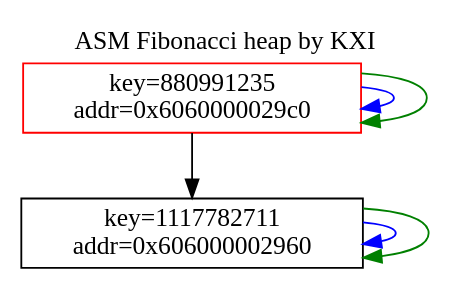
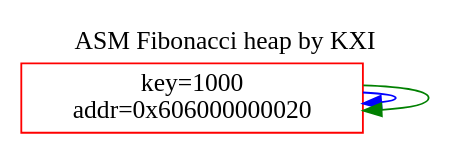
One commit to kxigor/FibHeap changed the diagram in fib_heap.dot. Above: the diagram before and after it, drawn with Graphviz. The commit also changed 3 other files, not shown here.

```diff
--- a/fib_heap.dot
+++ b/fib_heap.dot
@@ -1,18 +1,12 @@
 digraph G {
 labelloc="t"
 label="ASM Fibonacci heap by KXI"
 rankdir=TB;
 node [shape=box];
-{ rank=same; n0x6060000029c0 [label="key=880991235
-addr=0x6060000029c0"];
-n0x6060000029c0 [color=red];
-n0x6060000029c0 -> n0x6060000029c0 [color=blue];
-n0x6060000029c0 -> n0x6060000029c0 [color=green];
-}
-n0x6060000029c0 -> n0x606000002960 [color=black];
-{ rank=same; n0x606000002960 [label="key=1117782711
-addr=0x606000002960"];
-n0x606000002960 -> n0x606000002960 [color=blue];
-n0x606000002960 -> n0x606000002960 [color=green];
+{ rank=same; n0x606000000020 [label="key=1000
+addr=0x606000000020"];
+n0x606000000020 [color=red];
+n0x606000000020 -> n0x606000000020 [color=blue];
+n0x606000000020 -> n0x606000000020 [color=green];
 }
 }
```
